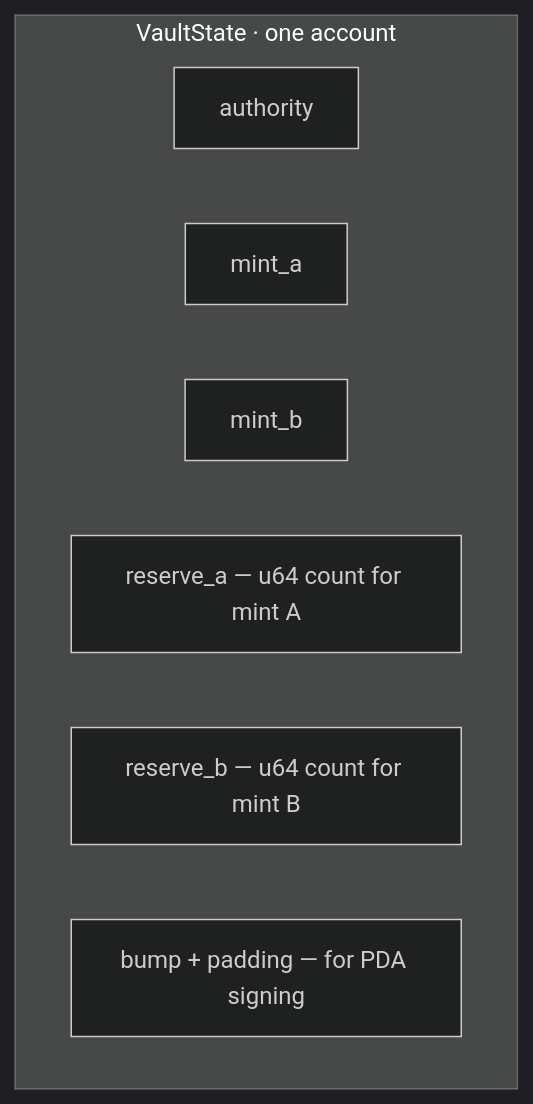
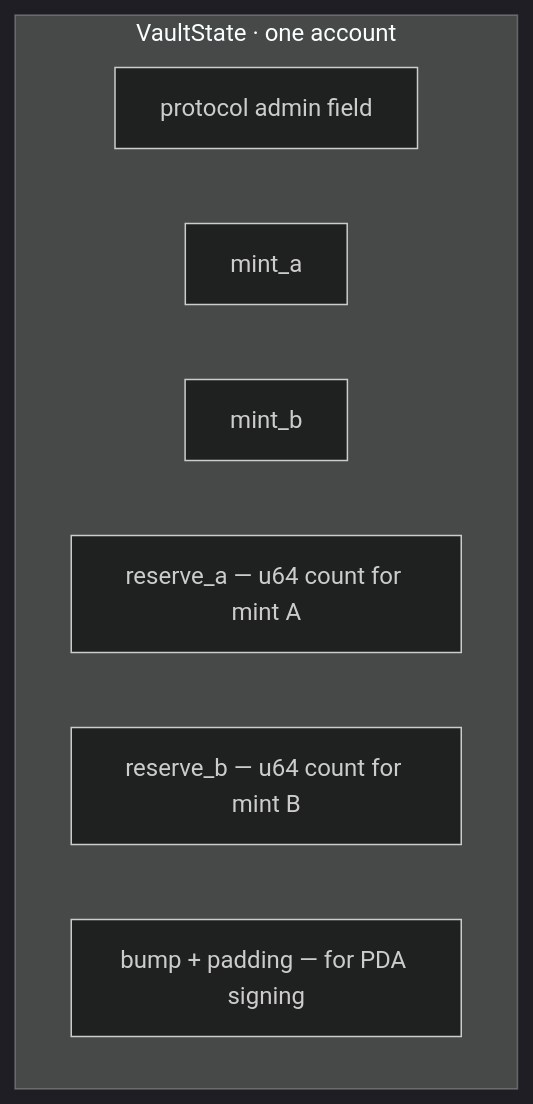
One commit to pprogrammingg/zk-spot-shield changed the fourth of 8 diagrams in docs/accounts-deep-dive.md. Above: the diagram before and after it, drawn with Mermaid (dark theme). The commit also changed other lines of this file and 6 other files, not shown here.

Commit message:
docs: protocol admin + phase diags - YES

````diff
--- a/docs/accounts-deep-dive.md
+++ b/docs/accounts-deep-dive.md
@@ -124,11 +124,11 @@
 ```mermaid
 flowchart TB
   subgraph VS["VaultState · one account"]
-    AUTH["authority"]
+    AUTH["protocol admin field"]
     MA["mint_a"]
     MB["mint_b"]
     RA["reserve_a — u64 count for mint A"]
     RB["reserve_b — u64 count for mint B"]
     BUMP["bump + padding — for PDA signing"]
   end
 ```
````
